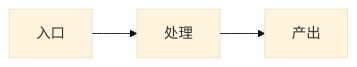
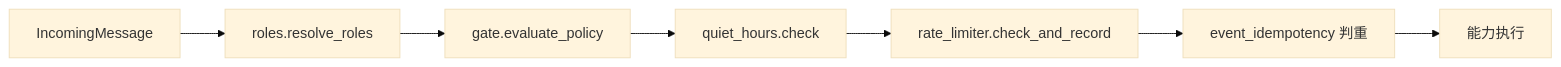
One commit to LancyCelestia/WuWa-Character-Bots changed the diagram in docs/boards/B02-routing-dispatch/policy-gate/README.md. Above: the diagram before and after it, drawn with Mermaid (base theme). The commit also changed other lines of this file and 284 other files, not shown here.

````diff
--- a/docs/boards/B02-routing-dispatch/policy-gate/README.md
+++ b/docs/boards/B02-routing-dispatch/policy-gate/README.md
@@ -34,4 +36,9 @@
 ```mermaid
 flowchart LR
-  in[入口] --> core[处理] --> out[产出]
+  msg[IncomingMessage] --> roles[roles.resolve_roles]
+  roles --> gate[gate.evaluate_policy]
+  gate --> quiet[quiet_hours.check]
+  quiet --> rl[rate_limiter.check_and_record]
+  rl --> idem[event_idempotency 判重]
+  idem --> cap[能力执行]
 ```
````
